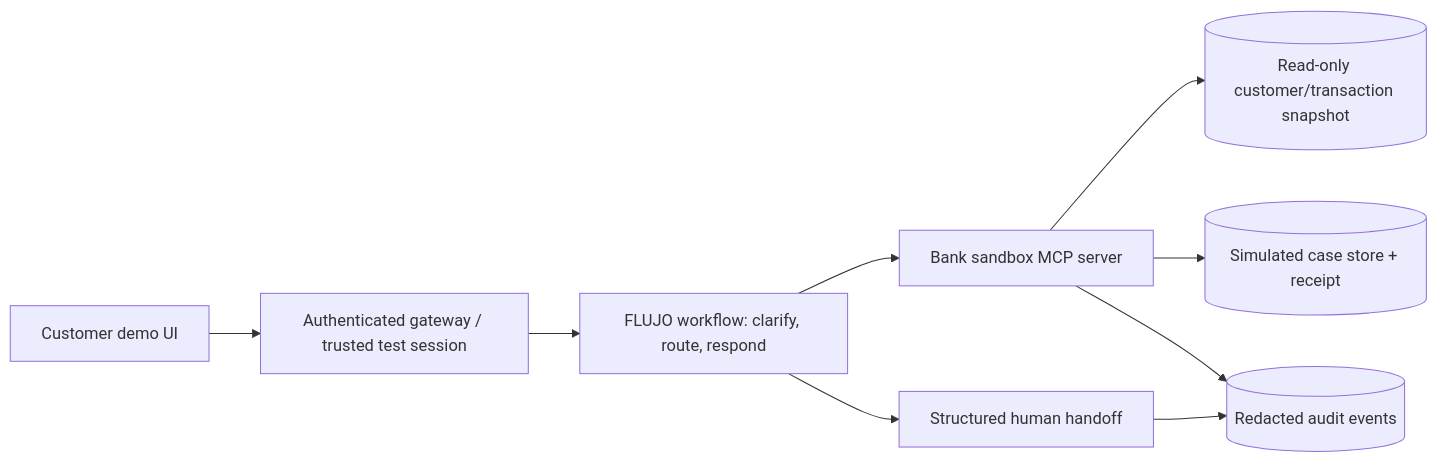
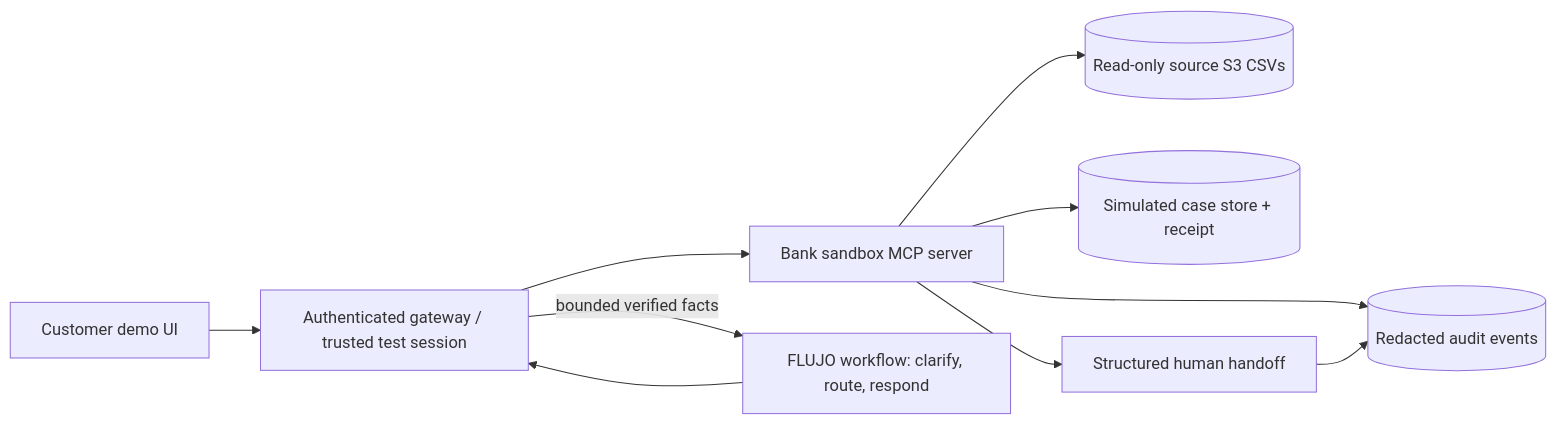
The diagram in docs/HACKATHON_AUDIT_PLAN.md (mario-andreschak/factored-hackathon-2026-mcg), drawn with Mermaid before and after one commit. The commit also changed other lines of this file and 3 other files, not shown here.

Commit message:
Plan secure banking MCP access to source S3 data

````diff
--- a/docs/HACKATHON_AUDIT_PLAN.md
+++ b/docs/HACKATHON_AUDIT_PLAN.md
@@ -48,11 +50,12 @@
 ```mermaid
 flowchart LR
   U[Customer demo UI] --> G[Authenticated gateway / trusted test session]
-  G --> F[FLUJO workflow: clarify, route, respond]
-  F --> M[Bank sandbox MCP server]
-  M --> R[(Read-only customer/transaction snapshot)]
+  G --> M[Bank sandbox MCP server]
+  G -->|bounded verified facts| F[FLUJO workflow: clarify, route, respond]
+  F --> G
+  M --> R[(Read-only source S3 CSVs)]
   M --> C[(Simulated case store + receipt)]
-  F --> H[Structured human handoff]
+  M --> H[Structured human handoff]
   M --> A[(Redacted audit events)]
   H --> A
 ```
````
